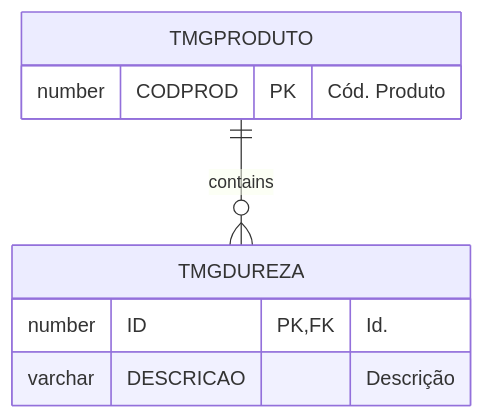
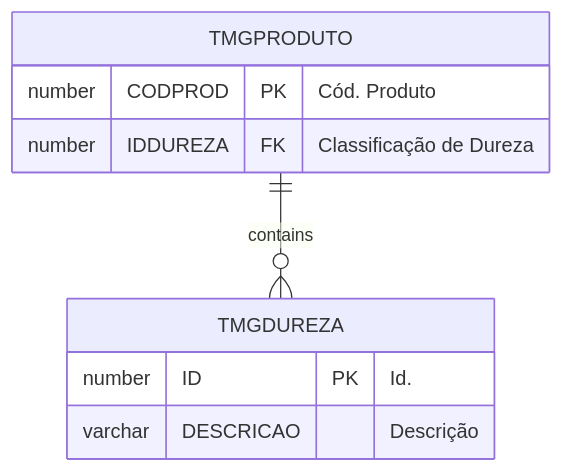
Before and after one commit to cbmsoft/margrandocs: the first of 2 diagrams in docs/_database/TMGDUREZA.md, drawn with Mermaid.

Commit message:
fix: modelagem

````diff
--- a/docs/_database/TMGDUREZA.md
+++ b/docs/_database/TMGDUREZA.md
@@ -22,12 +22,13 @@
 ```mermaid
 erDiagram
     TMGPRODUTO ||--o{ TMGDUREZA : contains
 
     TMGDUREZA {
-        number ID PK,FK "Id."
+        number ID PK "Id."
         varchar DESCRICAO "Descrição"
     }
     TMGPRODUTO {
         number CODPROD PK "Cód. Produto"
+        number IDDUREZA FK "Classificação de Dureza"
     }
 ```
````
